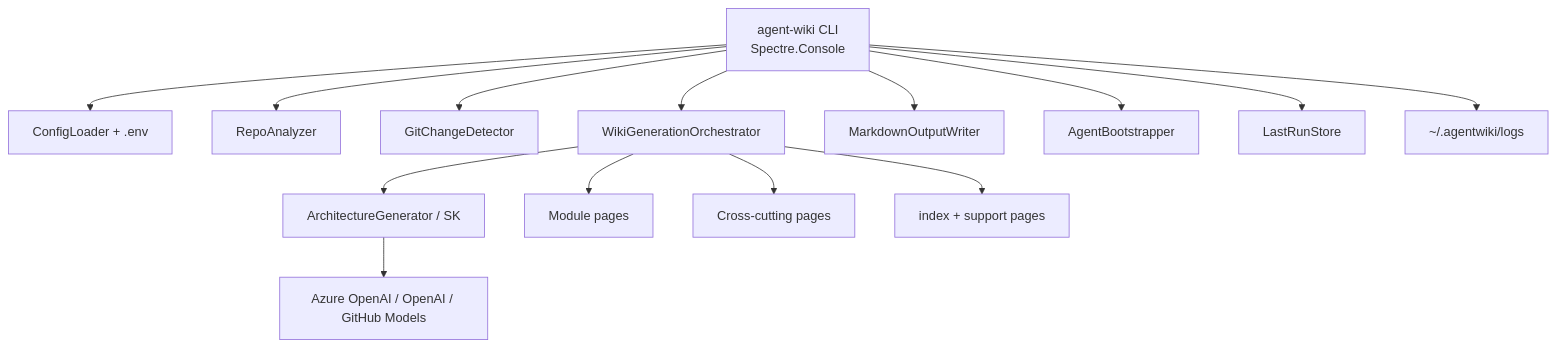
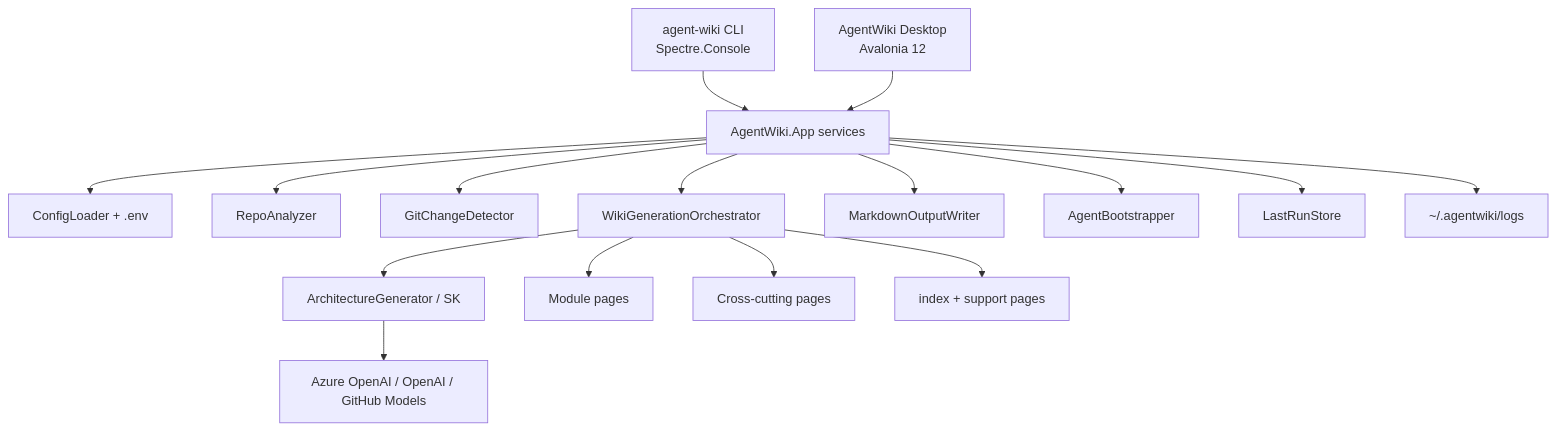
One commit to MarshallMoorman/AgentWiki changed the diagram in README.md. Above: the diagram before and after it, drawn with Mermaid. The commit also changed other lines of this file and 123 other files, not shown here.

First line of the commit message:
feat: Avalonia 12 Desktop companion and AgentWiki.App extraction (v1.1.0)

````diff
--- a/README.md
+++ b/README.md
@@ -56,16 +77,18 @@
 ```mermaid
 flowchart TB
-    CLI[agent-wiki CLI<br/>Spectre.Console] --> Config[ConfigLoader + .env]
-    CLI --> Analyzer[RepoAnalyzer]
-    CLI --> Changes[GitChangeDetector]
-    CLI --> Orch[WikiGenerationOrchestrator]
+    CLI[agent-wiki CLI<br/>Spectre.Console] --> App[AgentWiki.App services]
+    Desktop[AgentWiki Desktop<br/>Avalonia 12] --> App
+    App --> Config[ConfigLoader + .env]
+    App --> Analyzer[RepoAnalyzer]
+    App --> Changes[GitChangeDetector]
+    App --> Orch[WikiGenerationOrchestrator]
     Orch --> Arch[ArchitectureGenerator / SK]
     Orch --> Modules[Module pages]
     Orch --> Cross[Cross-cutting pages]
     Orch --> Index[index + support pages]
-    CLI --> Writer[MarkdownOutputWriter]
-    CLI --> Boot[AgentBootstrapper]
-    CLI --> LastRun[LastRunStore]
+    App --> Writer[MarkdownOutputWriter]
+    App --> Boot[AgentBootstrapper]
+    App --> LastRun[LastRunStore]
     Arch --> LLM[Azure OpenAI / OpenAI / GitHub Models]
-    CLI --> Logs["~/.agentwiki/logs"]
+    App --> Logs["~/.agentwiki/logs"]
 ```
````
